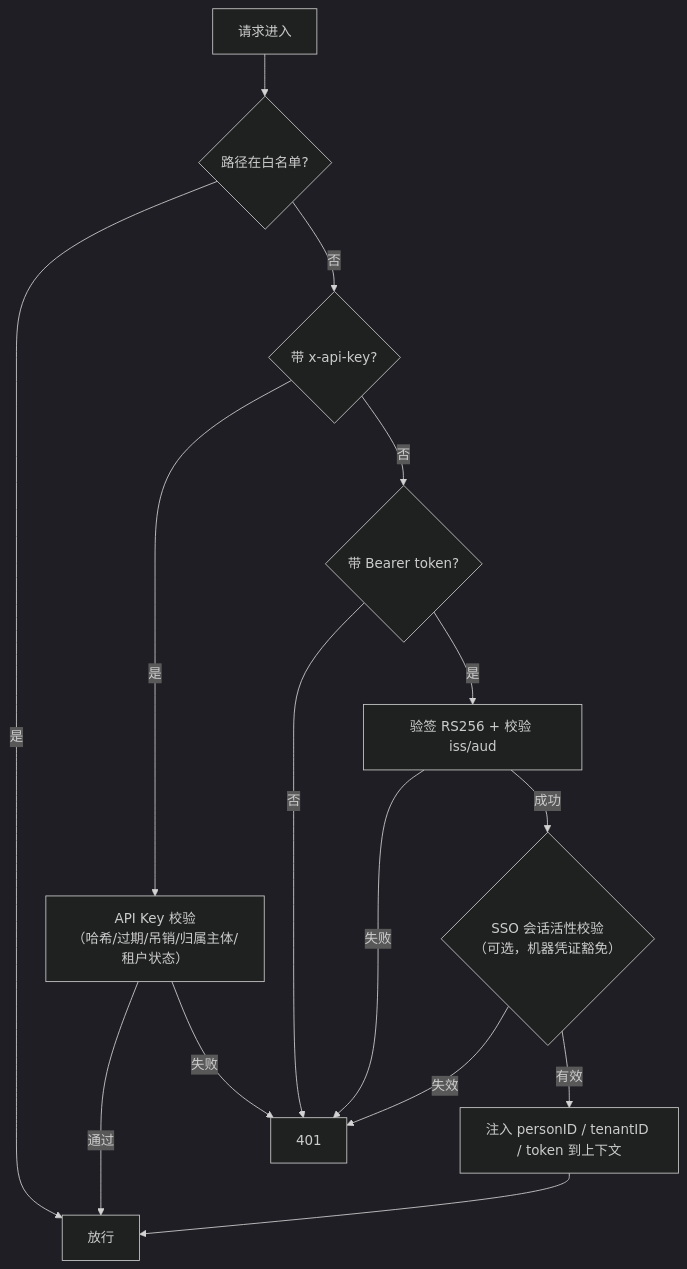
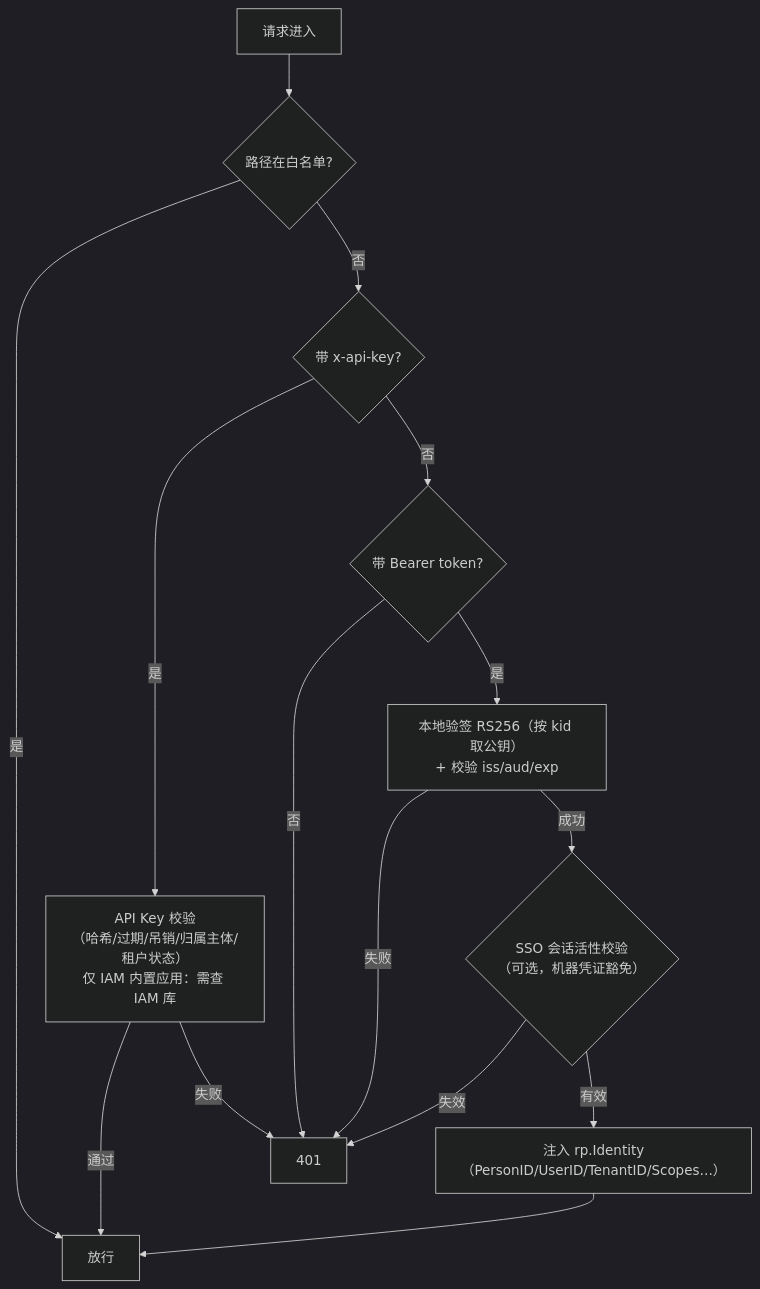
The third of 5 diagrams in docs/design/application-integration-guide.md (morehao/ark-iam), drawn with Mermaid (dark theme) before and after one commit. The commit also changed other lines of this file and 76 other files, not shown here.

Commit message:
feat(oidc): add rp sdk, rpapi directory api, and signing key rotation (#70)

````diff
--- a/docs/design/application-integration-guide.md
+++ b/docs/design/application-integration-guide.md
@@ -250,17 +256,17 @@
 ```mermaid
 flowchart TB
     REQ["请求进入"] --> SKIP{"路径在白名单?"}
     SKIP -->|是| NEXT["放行"]
     SKIP -->|否| AK{"带 x-api-key?"}
-    AK -->|是| AKAUTH["API Key 校验<br/>（哈希/过期/吊销/归属主体/租户状态）"]
+    AK -->|是| AKAUTH["API Key 校验<br/>（哈希/过期/吊销/归属主体/租户状态）<br/>仅 IAM 内置应用：需查 IAM 库"]
     AKAUTH -->|通过| NEXT
     AKAUTH -->|失败| 401["401"]
     AK -->|否| TOKEN{"带 Bearer token?"}
     TOKEN -->|否| 401
-    TOKEN -->|是| JWT["验签 RS256 + 校验 iss/aud"]
+    TOKEN -->|是| JWT["本地验签 RS256（按 kid 取公钥）<br/>+ 校验 iss/aud/exp"]
     JWT -->|失败| 401
     JWT -->|成功| SSO{"SSO 会话活性校验<br/>（可选，机器凭证豁免）"}
     SSO -->|失效| 401
-    SSO -->|有效| CTX["注入 personID / tenantID / token 到上下文"]
+    SSO -->|有效| CTX["注入 rp.Identity<br/>（PersonID/UserID/TenantID/Scopes…）"]
     CTX --> NEXT
 ```
````
